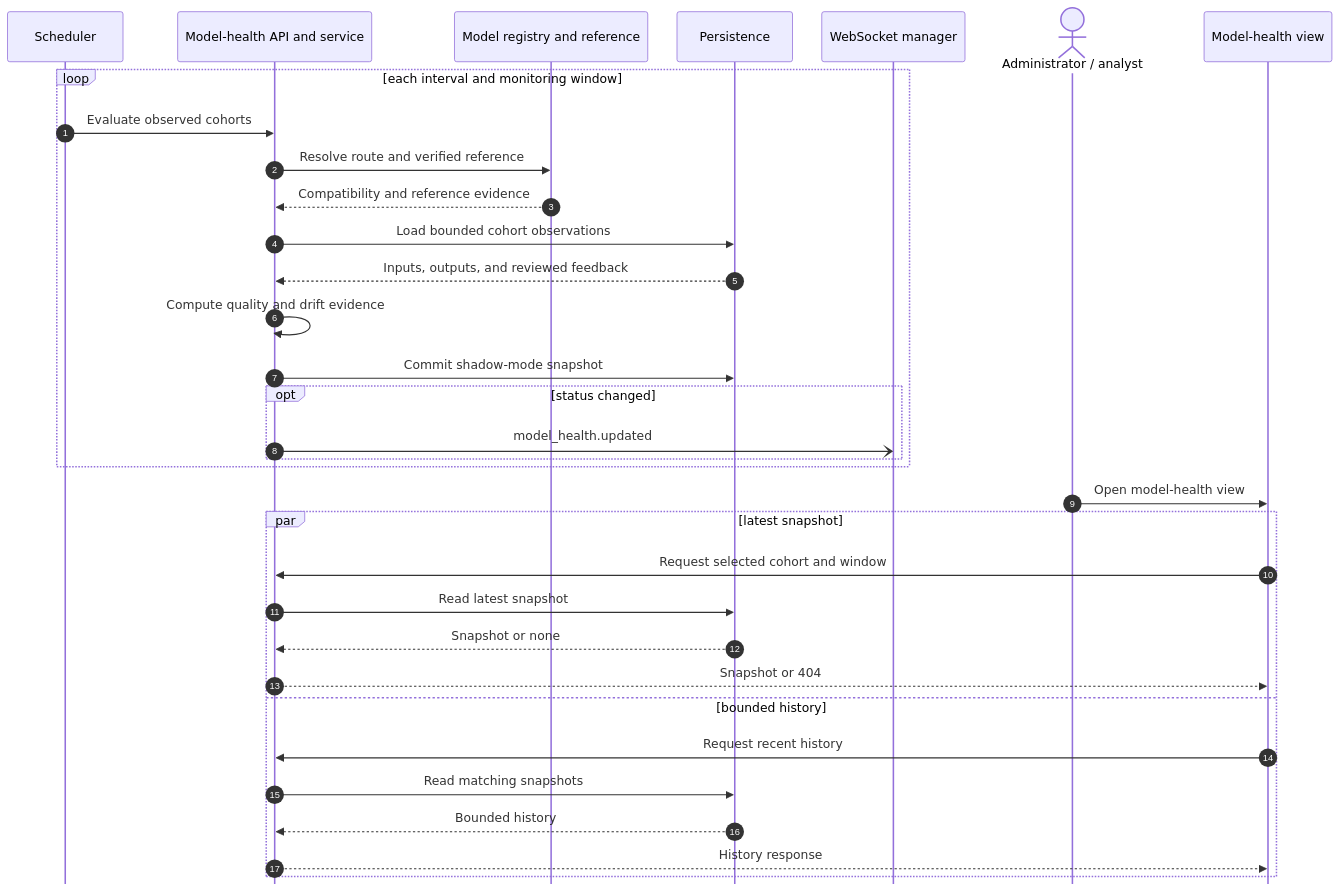
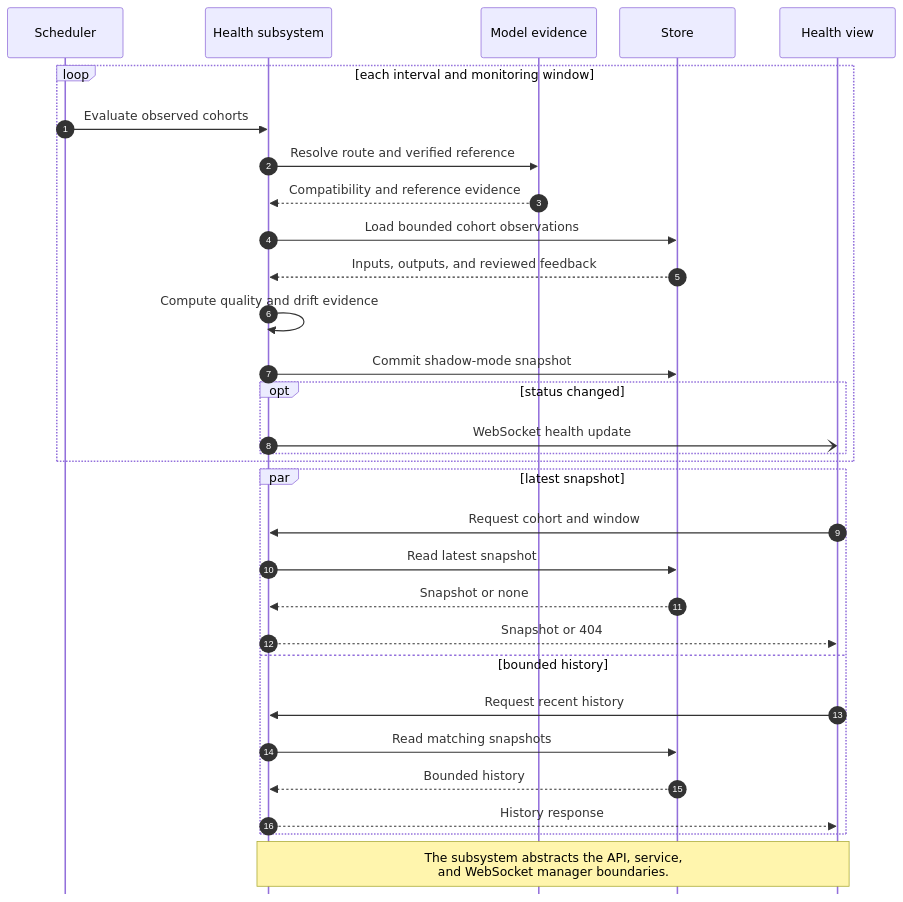
One commit to ZakariaElKhaldi/4iir-sr changed the diagram in diagrams/11-model-health-sequence.mmd. Above: the diagram before and after it, drawn with Mermaid. The commit also changed 37 other files, not shown here.

Commit message:
diagrames

```diff
--- a/diagrams/11-model-health-sequence.mmd
+++ b/diagrams/11-model-health-sequence.mmd
@@ -1,42 +1,41 @@
 ---
 config:
   sequence:
     mirrorActors: false
-    actorMargin: 38
-    messageMargin: 24
+    actorMargin: 30
+    messageMargin: 25
 ---
 sequenceDiagram
     autonumber
-    participant Scheduler as Scheduler
-    participant Health as Model-health API and service
-    participant Models as Model registry and reference
-    participant DB as Persistence
-    participant Live as WebSocket manager
-    actor Analyst as Administrator / analyst
-    participant UI as Model-health view
+    participant Scheduler
+    participant Health as Health subsystem
+    participant Models as Model evidence
+    participant DB as Store
+    participant UI as Health view
 
     loop each interval and monitoring window
         Scheduler->>Health: Evaluate observed cohorts
         Health->>Models: Resolve route and verified reference
         Models-->>Health: Compatibility and reference evidence
         Health->>DB: Load bounded cohort observations
         DB-->>Health: Inputs, outputs, and reviewed feedback
         Health->>Health: Compute quality and drift evidence
         Health->>DB: Commit shadow-mode snapshot
         opt status changed
-            Health-)Live: model_health.updated
+            Health-)UI: WebSocket health update
         end
     end
 
-    Analyst->>UI: Open model-health view
     par latest snapshot
-        UI->>Health: Request selected cohort and window
+        UI->>Health: Request cohort and window
         Health->>DB: Read latest snapshot
         DB-->>Health: Snapshot or none
         Health-->>UI: Snapshot or 404
     and bounded history
         UI->>Health: Request recent history
         Health->>DB: Read matching snapshots
         DB-->>Health: Bounded history
         Health-->>UI: History response
     end
+
+    note over Health,UI: The subsystem abstracts the API, service,<br/>and WebSocket manager boundaries.
```
